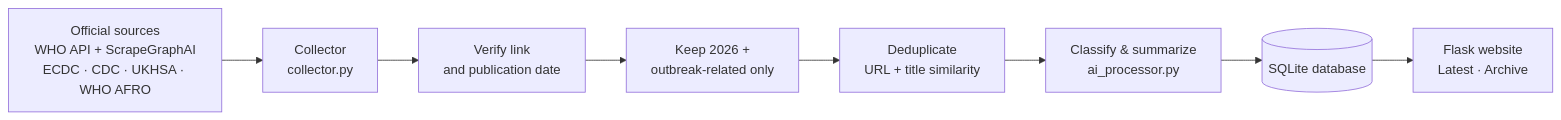
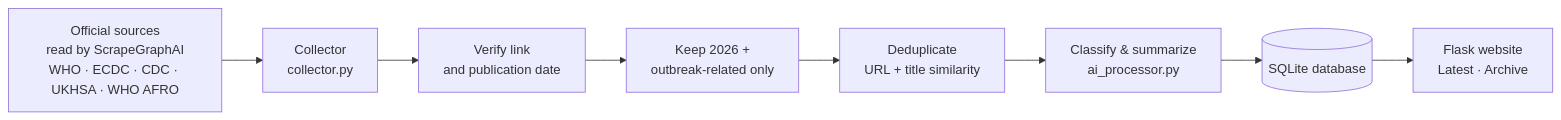
One commit to MOHZOOM/outbreak-watch changed the diagram in README.md. Above: the diagram before and after it, drawn with Mermaid. The commit also changed other lines of this file and 3 other files, not shown here.

````diff
--- a/README.md
+++ b/README.md
@@ -29,10 +29,10 @@
 ```mermaid
 flowchart LR
-    A[Official sources<br/>WHO API + ScrapeGraphAI<br/>ECDC · CDC · UKHSA · WHO AFRO] --> B[Collector<br/>collector.py]
+    A[Official sources<br/>read by ScrapeGraphAI<br/>WHO · ECDC · CDC · UKHSA · WHO AFRO] --> B[Collector<br/>collector.py]
     B --> C[Verify link<br/>and publication date]
     C --> D[Keep 2026 +<br/>outbreak-related only]
     D --> E[Deduplicate<br/>URL + title similarity]
     E --> F[Classify & summarize<br/>ai_processor.py]
     F --> G[(SQLite database)]
     G --> H[Flask website<br/>Latest · Archive]
 ```
````
